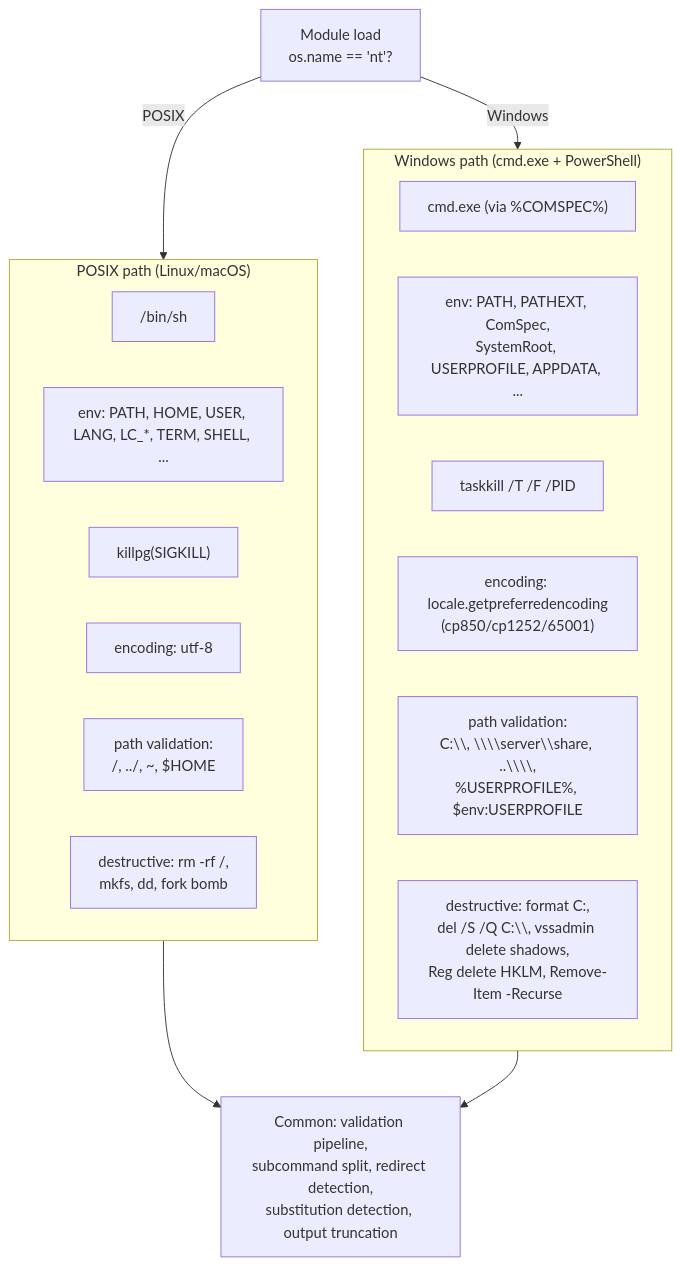
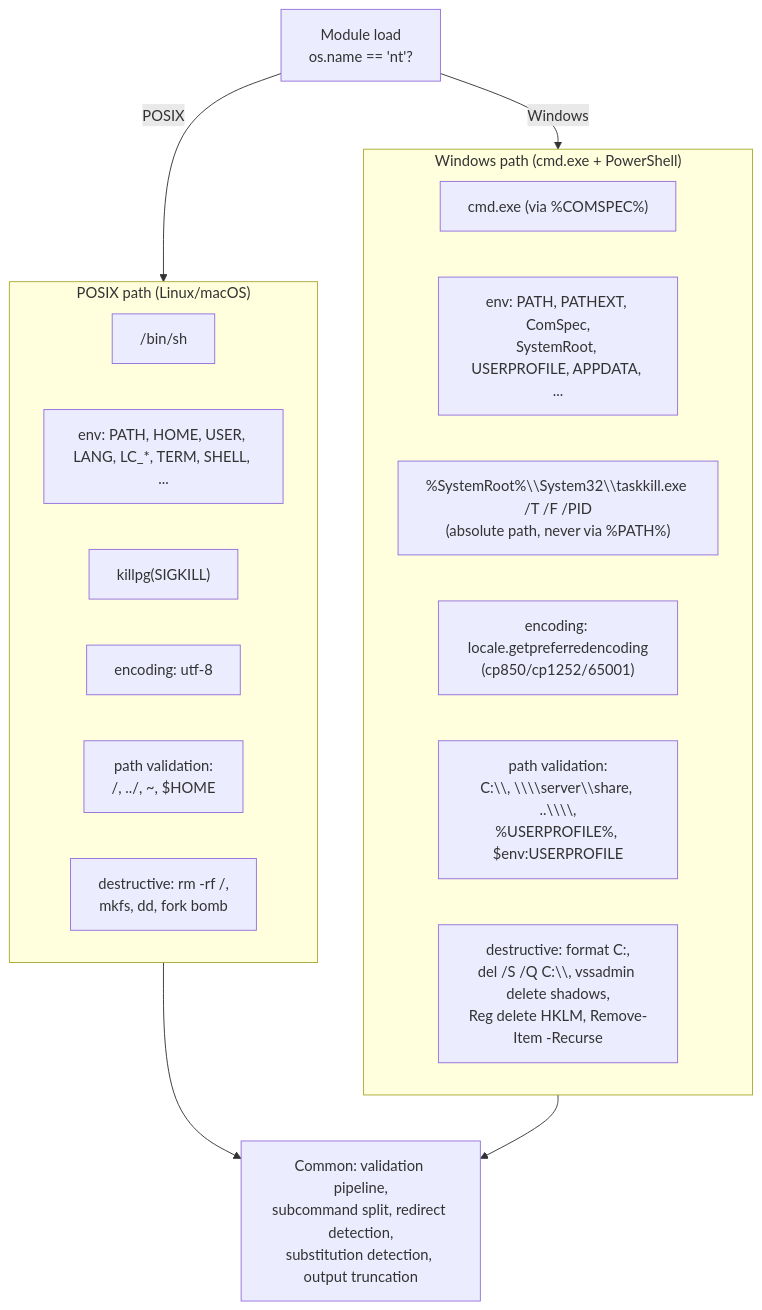
The fifth of 6 diagrams in docs/features/shell-mcp-server.md (langflow-ai/langflow), drawn with Mermaid before and after one commit. The commit also changed other lines of this file, not shown here.

````diff
--- a/docs/features/shell-mcp-server.md
+++ b/docs/features/shell-mcp-server.md
@@ -795,29 +1084,29 @@
 ```mermaid
 graph TD
   START["Module load\nos.name == 'nt'?"]
 
   START -->|"POSIX"| POSIX_PATH
 
   subgraph POSIX_PATH ["POSIX path (Linux/macOS)"]
     P_SHELL["/bin/sh"]
     P_ENV["env: PATH, HOME, USER, LANG, LC_*, TERM, SHELL, ..."]
     P_KILL["killpg(SIGKILL)"]
     P_ENC["encoding: utf-8"]
     P_PATH["path validation:\n/, ../, ~, $HOME"]
     P_DEST["destructive: rm -rf /,\nmkfs, dd, fork bomb"]
   end
 
   START -->|"Windows"| WIN_PATH
 
   subgraph WIN_PATH ["Windows path (cmd.exe + PowerShell)"]
     W_SHELL["cmd.exe (via %COMSPEC%)"]
     W_ENV["env: PATH, PATHEXT, ComSpec,\nSystemRoot, USERPROFILE, APPDATA, ..."]
-    W_KILL["taskkill /T /F /PID"]
+    W_KILL["%SystemRoot%\\System32\\taskkill.exe /T /F /PID\n(absolute path, never via %PATH%)"]
     W_ENC["encoding: locale.getpreferredencoding\n(cp850/cp1252/65001)"]
     W_PATH["path validation:\nC:\\, \\\\server\\share, ..\\\\,\n%USERPROFILE%, $env:USERPROFILE"]
     W_DEST["destructive: format C:,\ndel /S /Q C:\\, vssadmin delete shadows,\nReg delete HKLM, Remove-Item -Recurse"]
   end
 
   POSIX_PATH --> COMMON["Common: validation pipeline,\nsubcommand split, redirect detection,\nsubstitution detection, output truncation"]
   WIN_PATH --> COMMON
 ```
````
